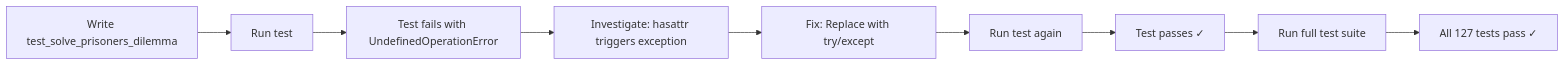
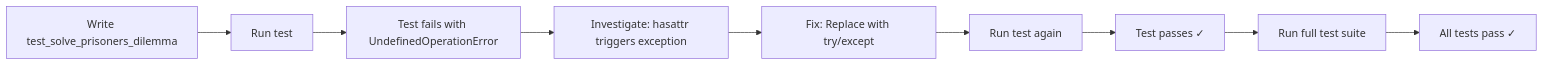
Before and after one commit to tantinlala/game-ai: the second of 2 diagrams in AGENTS.md, drawn with Mermaid. The commit also changed other lines of this file and 11 other files, not shown here.

````diff
--- a/AGENTS.md
+++ b/AGENTS.md
@@ -216,11 +211,11 @@
 ```mermaid
 flowchart LR
     A[Write test_solve_prisoners_dilemma] --> B[Run test]
     B --> C[Test fails with UndefinedOperationError]
     C --> D[Investigate: hasattr triggers exception]
     D --> E[Fix: Replace with try/except]
     E --> F[Run test again]
     F --> G[Test passes ✓]
     G --> H[Run full test suite]
-    H --> I[All 127 tests pass ✓]
+    H --> I[All tests pass ✓]
 ```
````
